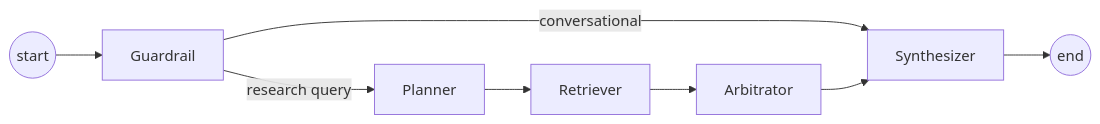
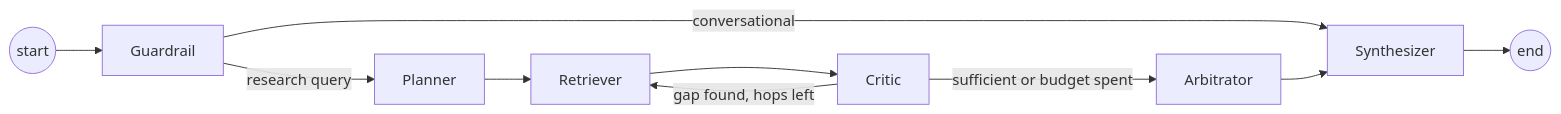
The second of 3 diagrams in docs/architecture.md (NayanthaNethsara/Hermes), drawn with Mermaid before and after one commit. The commit also changed other lines of this file and 16 other files, not shown here.

````diff
--- a/docs/architecture.md
+++ b/docs/architecture.md
@@ -62,10 +66,12 @@
 ```mermaid
 flowchart LR
     START(("start")) --> GR["Guardrail"]
     GR -->|conversational| SY["Synthesizer"]
     GR -->|research query| PL["Planner"]
     PL --> RT["Retriever"]
-    RT --> AR["Arbitrator"]
+    RT --> CR["Critic"]
+    CR -->|"gap found, hops left"| RT
+    CR -->|"sufficient or budget spent"| AR["Arbitrator"]
     AR --> SY
     SY --> FIN(("end"))
 ```
````
